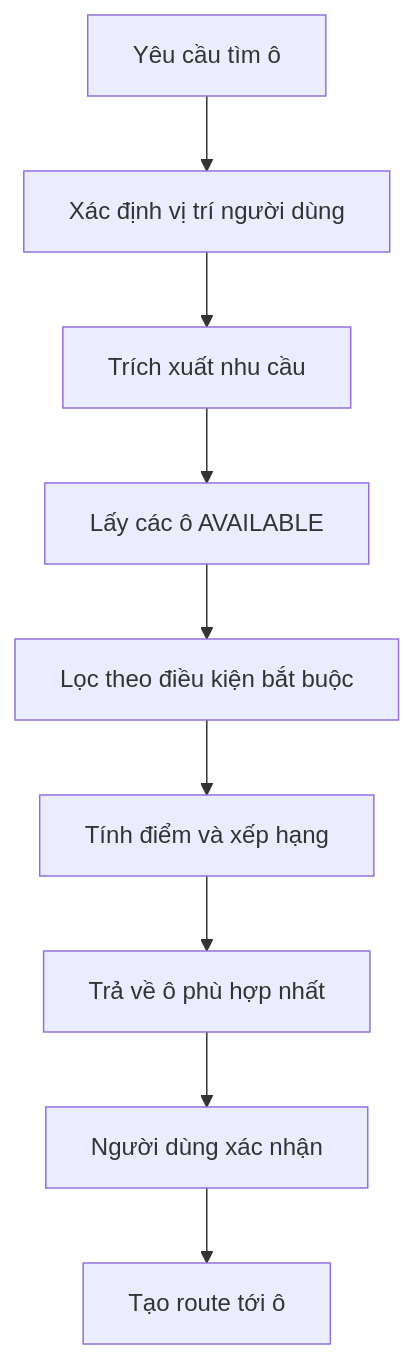
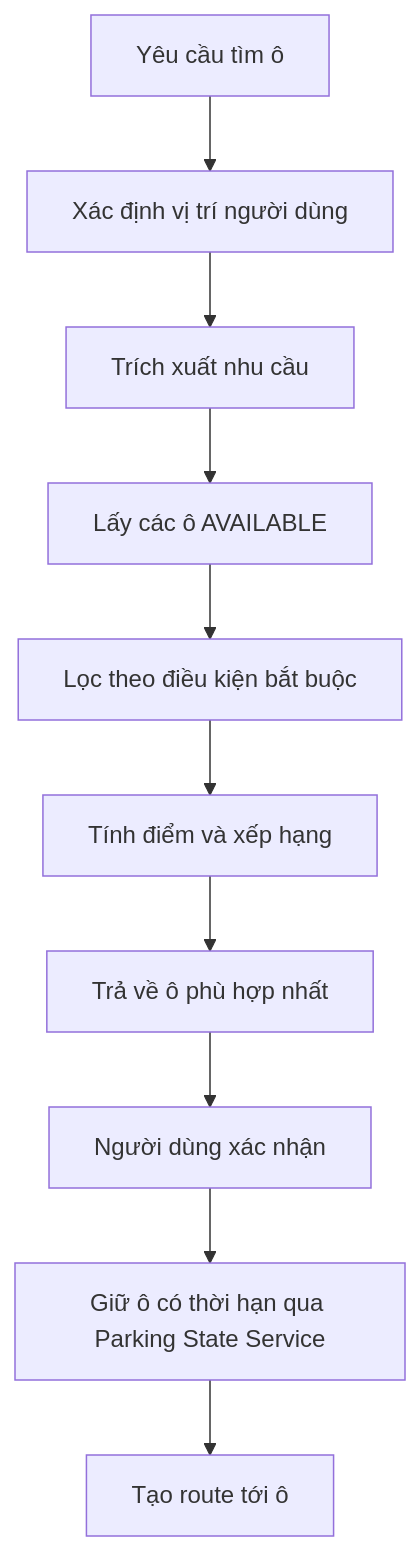
Before and after one commit to Ngducanh05/T-152: the fourth of 6 diagrams in docs/PARKSMART_AI_CONTEXT.md, drawn with Mermaid. The commit also changed other lines of this file and 3 other files, not shown here.

````diff
--- a/docs/PARKSMART_AI_CONTEXT.md
+++ b/docs/PARKSMART_AI_CONTEXT.md
@@ -888,11 +913,12 @@
 ```mermaid
 flowchart TD
     U["Yêu cầu tìm ô"] --> L["Xác định vị trí người dùng"]
     L --> P["Trích xuất nhu cầu"]
     P --> A["Lấy các ô AVAILABLE"]
     A --> F["Lọc theo điều kiện bắt buộc"]
     F --> S["Tính điểm và xếp hạng"]
     S --> B["Trả về ô phù hợp nhất"]
     B --> C["Người dùng xác nhận"]
-    C --> R["Tạo route tới ô"]
+    C --> H["Giữ ô có thời hạn qua Parking State Service"]
+    H --> R["Tạo route tới ô"]
 ```
````
